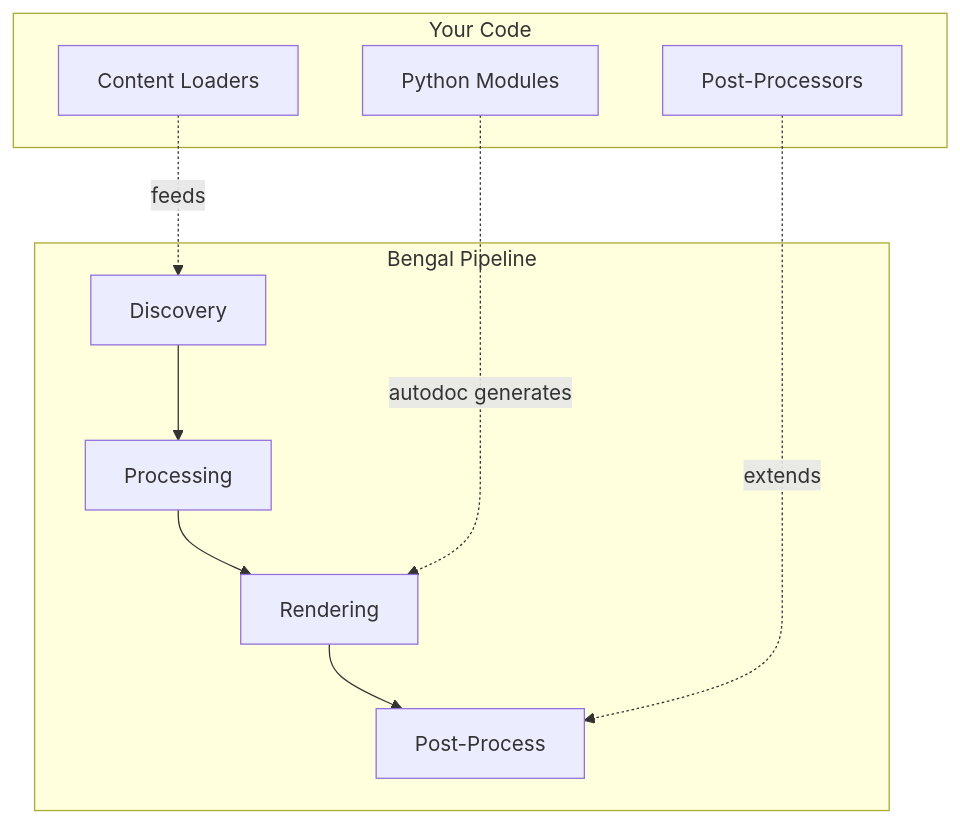
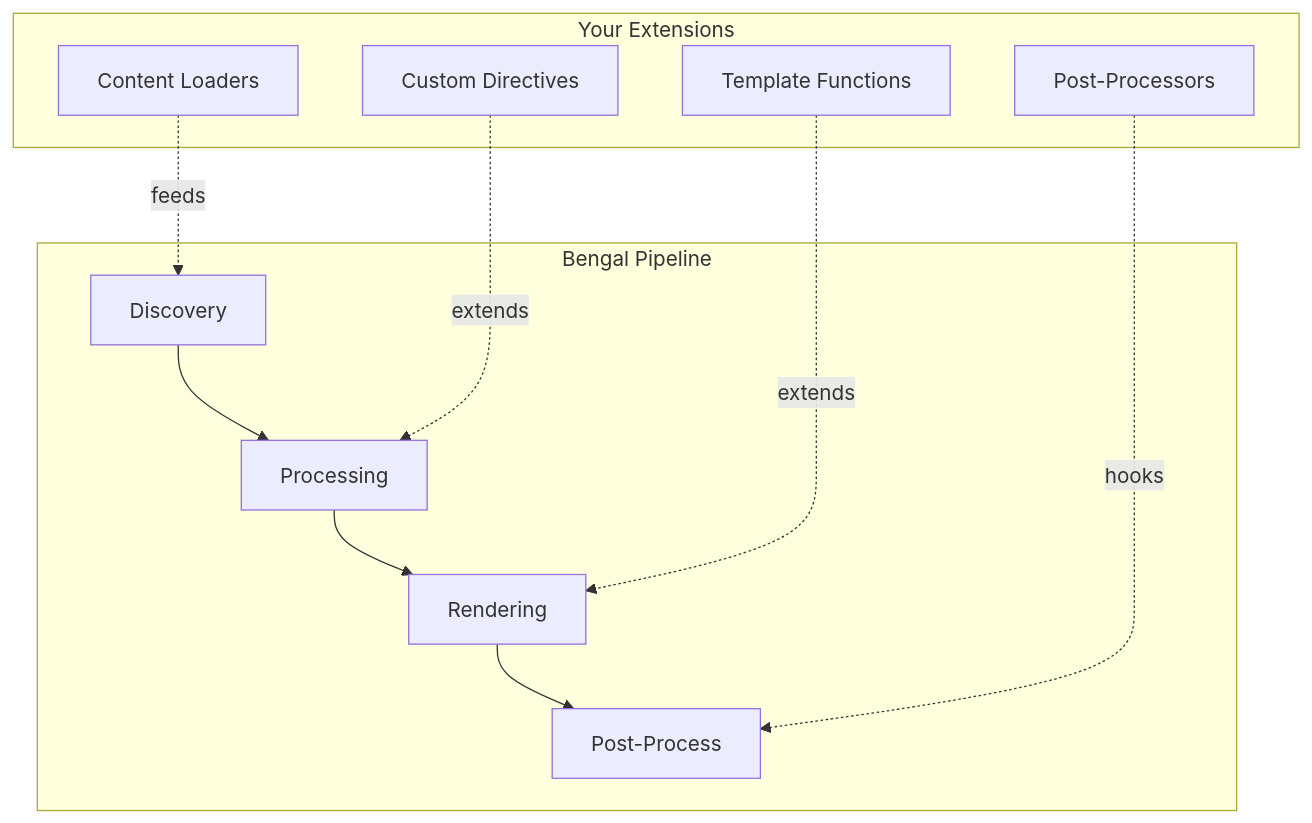
One commit to lbliii/bengal changed the diagram in site/content/docs/extending/_index.md. Above: the diagram before and after it, drawn with Mermaid. The commit also changed other lines of this file and 3 other files, not shown here.

Commit message:
docs: consolidate extending section; move autodoc to content/sources; delete redundant architecture page; extending now reserved for plugins/parsers

````diff
--- a/site/content/docs/extending/_index.md
+++ b/site/content/docs/extending/_index.md
@@ -23,18 +30,20 @@
 ```mermaid
 flowchart TB
-    subgraph "Your Code"
-        A[Python Modules]
+    subgraph "Your Extensions"
+        A[Custom Directives]
         B[Content Loaders]
         C[Post-Processors]
+        D[Template Functions]
     end
 
     subgraph "Bengal Pipeline"
-        D[Discovery] --> E[Processing]
-        E --> F[Rendering]
-        F --> G[Post-Process]
+        E[Discovery] --> F[Processing]
+        F --> G[Rendering]
+        G --> H[Post-Process]
     end
 
-    A -.->|autodoc generates| F
-    B -.->|feeds| D
-    C -.->|extends| G
+    B -.->|feeds| E
+    A -.->|extends| F
+    D -.->|extends| G
+    C -.->|hooks| H
 ```
````
